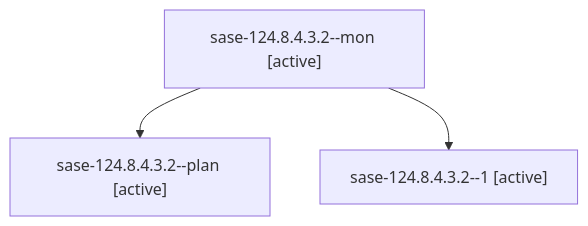
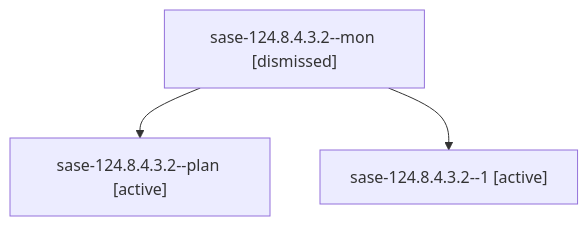
Before and after one commit to sase-org/sase--agents: the diagram in sessions/bbugyi200.athena.sase-124.8.4.3.2.md, drawn with Mermaid. The commit also changed other lines of this file and 306 other files, not shown here.

````diff
--- a/sessions/bbugyi200.athena.sase-124.8.4.3.2.md
+++ b/sessions/bbugyi200.athena.sase-124.8.4.3.2.md
@@ -9,8 +9,8 @@
 ```mermaid
 flowchart TD
-  n0["sase-124.8.4.3.2--mon [active]"]
+  n0["sase-124.8.4.3.2--mon [dismissed]"]
   n1["sase-124.8.4.3.2--plan [active]"]
   n0 --> n1
   n2["sase-124.8.4.3.2--1 [active]"]
   n0 --> n2
 ```
````
